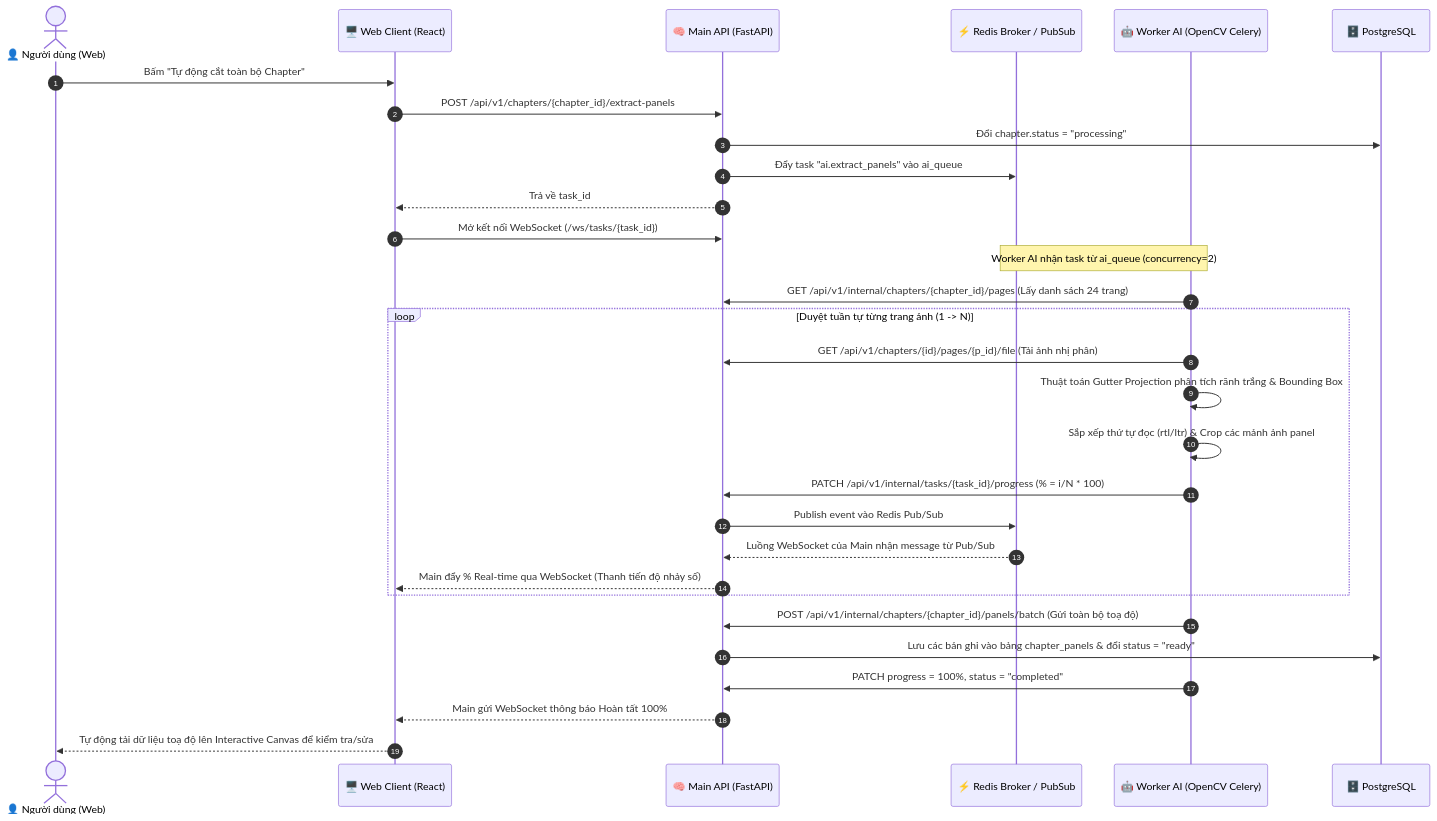
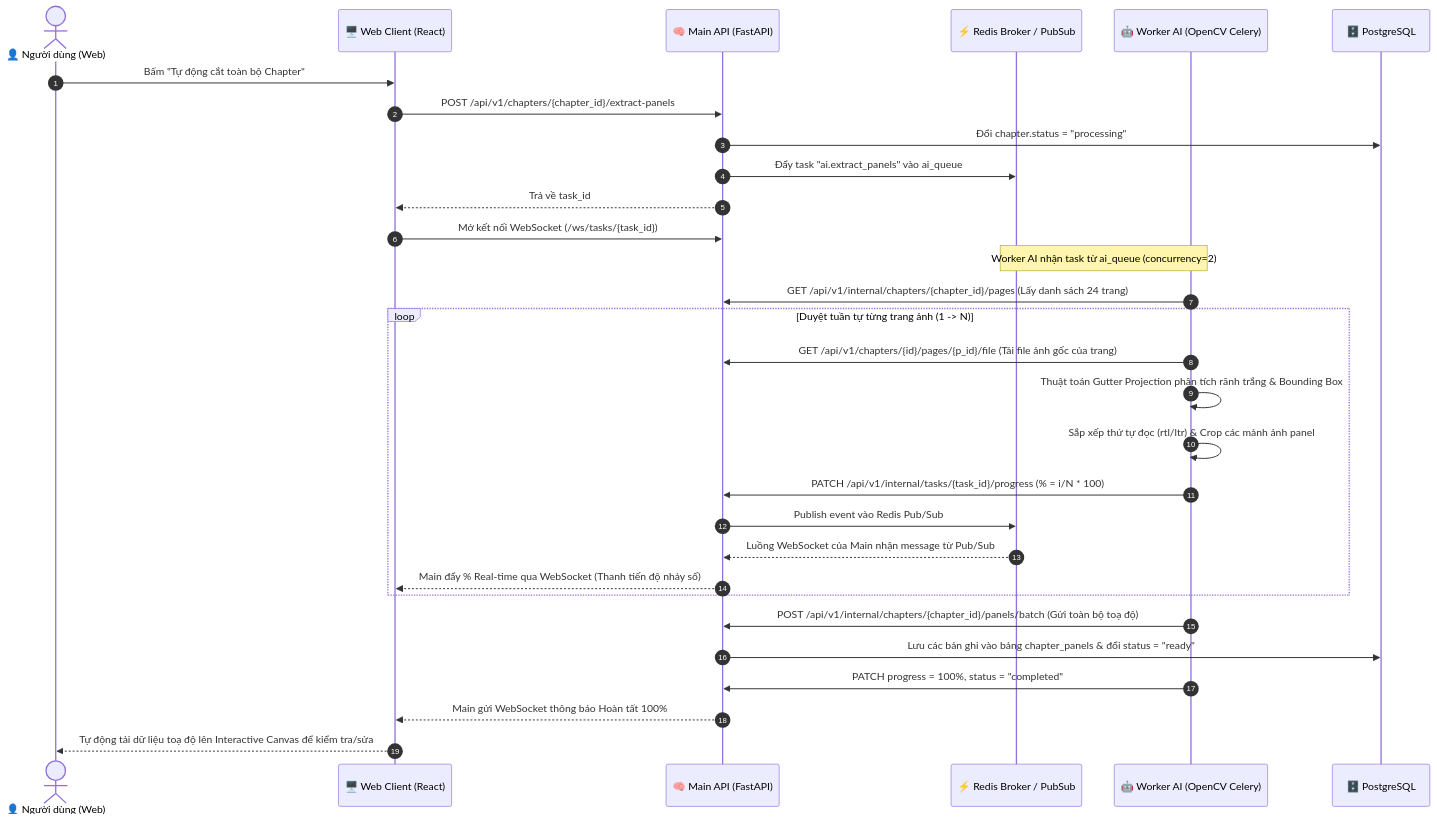
The diagram in Docs/MODULE_05_TONG_KET_WORKFLOW_GUI.md (Tuanbui1212/tools-review), drawn with Mermaid before and after one commit. The commit also changed 1 other file, not shown here.

Commit message:
docs: clarify step 8 as downloading original page image file

````diff
--- a/Docs/MODULE_05_TONG_KET_WORKFLOW_GUI.md
+++ b/Docs/MODULE_05_TONG_KET_WORKFLOW_GUI.md
@@ -22,36 +22,36 @@
 ```mermaid
 sequenceDiagram
     autonumber
     actor User as 👤 Người dùng (Web)
     participant Web as 🖥️ Web Client (React)
     participant Main as 🧠 Main API (FastAPI)
     participant Redis as ⚡ Redis Broker / PubSub
     participant Worker as 🤖 Worker AI (OpenCV Celery)
     participant DB as 🗄️ PostgreSQL
 
     User->>Web: Bấm "Tự động cắt toàn bộ Chapter"
     Web->>Main: POST /api/v1/chapters/{chapter_id}/extract-panels
     Main->>DB: Đổi chapter.status = "processing"
     Main->>Redis: Đẩy task "ai.extract_panels" vào ai_queue
     Main-->>Web: Trả về task_id
     Web->>Main: Mở kết nối WebSocket (/ws/tasks/{task_id})
 
     Note over Worker,Redis: Worker AI nhận task từ ai_queue (concurrency=2)
     Worker->>Main: GET /api/v1/internal/chapters/{chapter_id}/pages (Lấy danh sách 24 trang)
     
     loop Duyệt tuần tự từng trang ảnh (1 -> N)
-        Worker->>Main: GET /api/v1/chapters/{id}/pages/{p_id}/file (Tải ảnh nhị phân)
+        Worker->>Main: GET /api/v1/chapters/{id}/pages/{p_id}/file (Tải file ảnh gốc của trang)
         Worker->>Worker: Thuật toán Gutter Projection phân tích rãnh trắng & Bounding Box
         Worker->>Worker: Sắp xếp thứ tự đọc (rtl/ltr) & Crop các mảnh ảnh panel
         Worker->>Main: PATCH /api/v1/internal/tasks/{task_id}/progress (% = i/N * 100)
         Main->>Redis: Publish event vào Redis Pub/Sub
         Redis-->>Main: Luồng WebSocket của Main nhận message từ Pub/Sub
         Main-->>Web: Main đẩy % Real-time qua WebSocket (Thanh tiến độ nhảy số)
     end
 
     Worker->>Main: POST /api/v1/internal/chapters/{chapter_id}/panels/batch (Gửi toàn bộ toạ độ)
     Main->>DB: Lưu các bản ghi vào bảng chapter_panels & đổi status = "ready"
     Worker->>Main: PATCH progress = 100%, status = "completed"
     Main-->>Web: Main gửi WebSocket thông báo Hoàn tất 100%
     Web-->>User: Tự động tải dữ liệu toạ độ lên Interactive Canvas để kiểm tra/sửa
 ```
````
